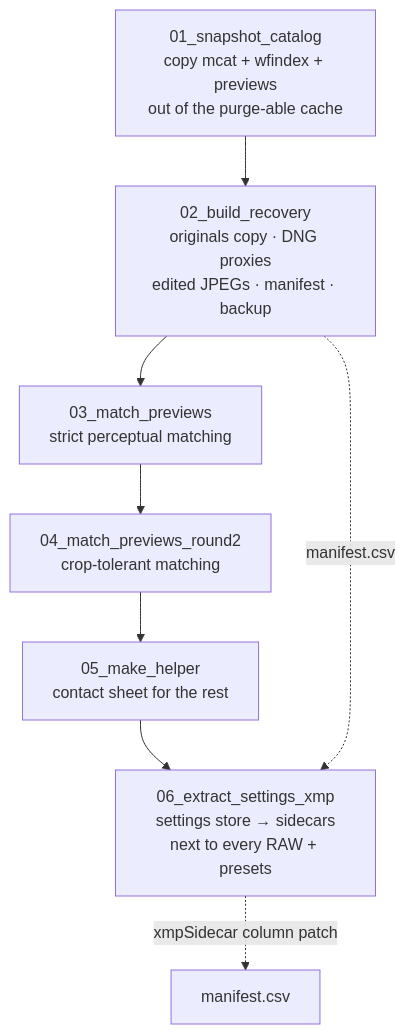
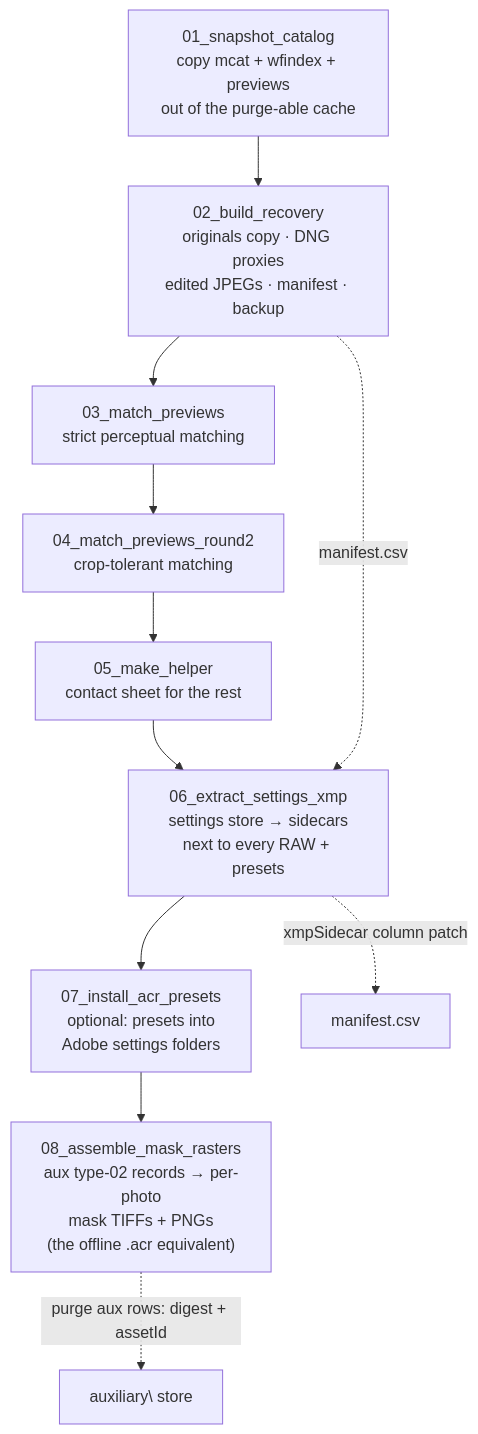
One commit to byronwai/lightroom-recovery changed the sixth of 8 diagrams in docs/diagrams.md. Above: the diagram before and after it, drawn with Mermaid. The commit also changed other lines of this file and 37 other files, not shown here.

````diff
--- a/docs/diagrams.md
+++ b/docs/diagrams.md
@@ -279,12 +284,15 @@
 ```mermaid
 flowchart TB
     S1["01_snapshot_catalog<br/>copy mcat + wfindex + previews<br/>out of the purge-able cache"]
     S2["02_build_recovery<br/>originals copy · DNG proxies<br/>edited JPEGs · manifest · backup"]
     S3["03_match_previews<br/>strict perceptual matching"]
     S4["04_match_previews_round2<br/>crop-tolerant matching"]
     S5["05_make_helper<br/>contact sheet for the rest"]
     S6["06_extract_settings_xmp<br/>settings store → sidecars<br/>next to every RAW + presets"]
-    S1 --> S2 --> S3 --> S4 --> S5 --> S6
+    S7["07_install_acr_presets<br/>optional: presets into<br/>Adobe settings folders"]
+    S8["08_assemble_mask_rasters<br/>aux type-02 records → per-photo<br/>mask TIFFs + PNGs<br/>(the offline .acr equivalent)"]
+    S1 --> S2 --> S3 --> S4 --> S5 --> S6 --> S7 --> S8
     S2 -.->|"manifest.csv"| S6
     S6 -.->|"xmpSidecar column patch"| M["manifest.csv"]
+    S8 -.->|"purge aux rows: digest + assetId"| A["auxiliary\ store"]
 ```
````
